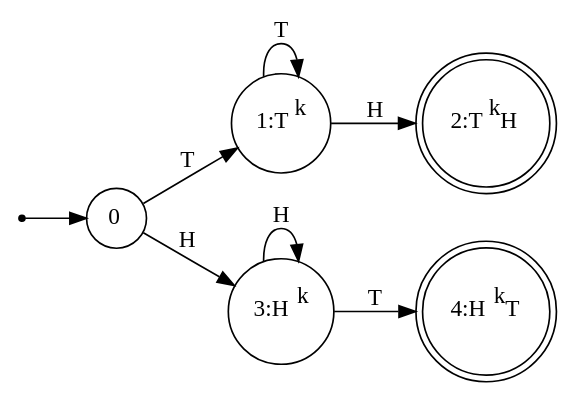
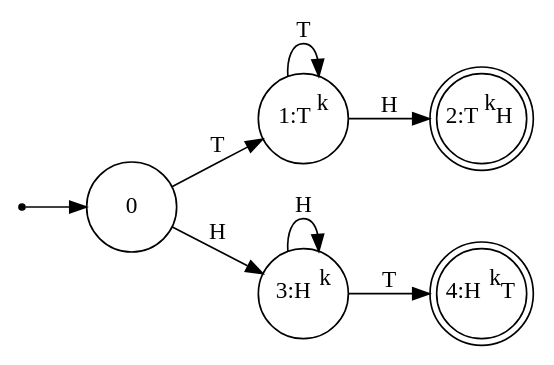
The diagram in images/coin-automata.dot (stelfer/stelfer.github.io), drawn with Graphviz before and after one commit. The commit also changed 21 other files, not shown here.

```diff
--- a/images/coin-automata.dot
+++ b/images/coin-automata.dot
@@ -1,23 +1,29 @@
 digraph finite_state_machine {
-    rankdir=LR;
+
+	rankdir=LR;
     // size="8,5"
 
-    node [shape = doublecircle, label=<2:T<SUP>k</SUP>H>] 2;
-    node [shape = doublecircle, label=<4:H<SUP>k</SUP>T>] 4;
+    qi [shape = point ];
 
-    node [shape = circle, label=<0>] 0;
-    node [shape = circle, label=<1:T<SUP>k</SUP>>] 1;
-    node [shape = circle, label=<3:H<SUP>k</SUP>>] 3;
+node [fixedsize=shape, width=0.75];
 
-    node [shape = point ]; qi
+    2 [shape = doublecircle, label=<2:T<SUP>k</SUP>H>];
+    4 [shape = doublecircle, label=<4:H<SUP>k</SUP>T>];
+
+node [shape=circle];
+
+    0 [label=<0>] 0;
+    1 [label=<1:T<SUP>k</SUP>>];
+    3 [label=<3:H<SUP>k</SUP>>];
+
     qi -> 0;
 
 
     0 -> 1 [ label = "T" ];
     1 -> 1 [ label = "T" ];
     1 -> 2 [ label = "H" ];
     
     0 -> 3 [ label = "H" ];
     3 -> 3 [ label = "H" ];
     3 -> 4 [ label = "T" ];
 }
```
